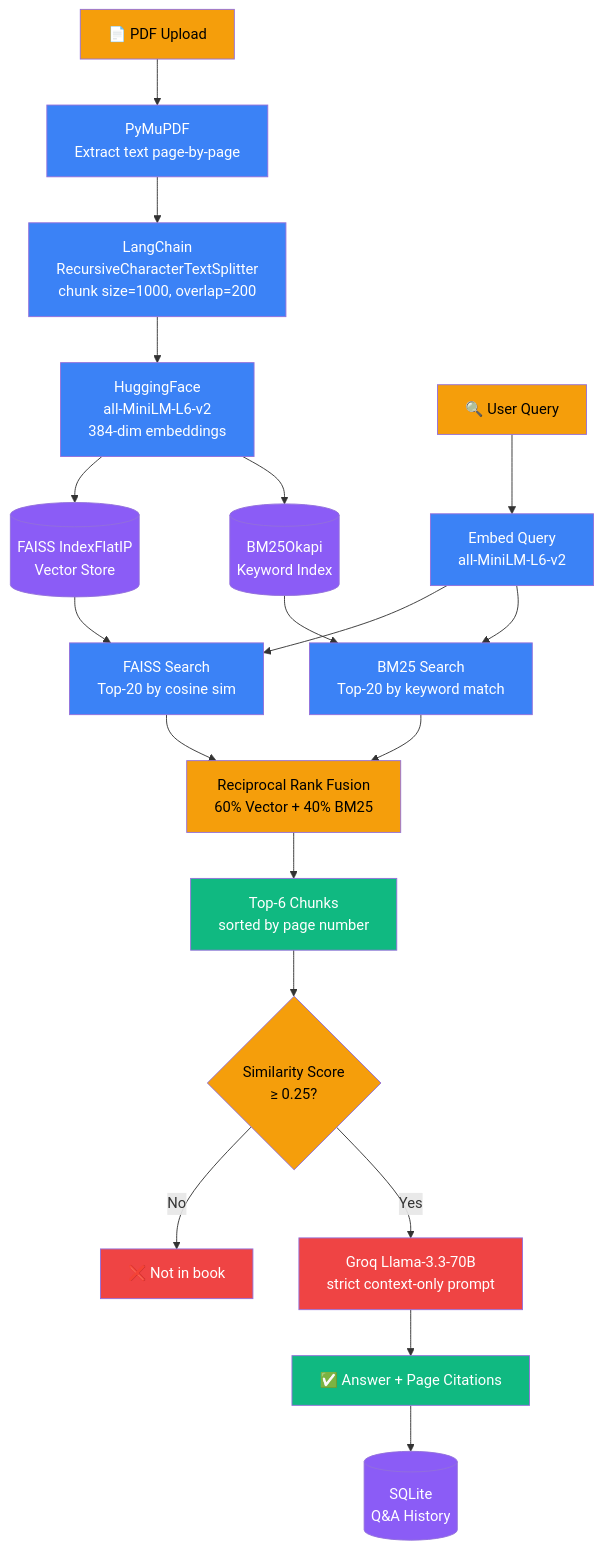
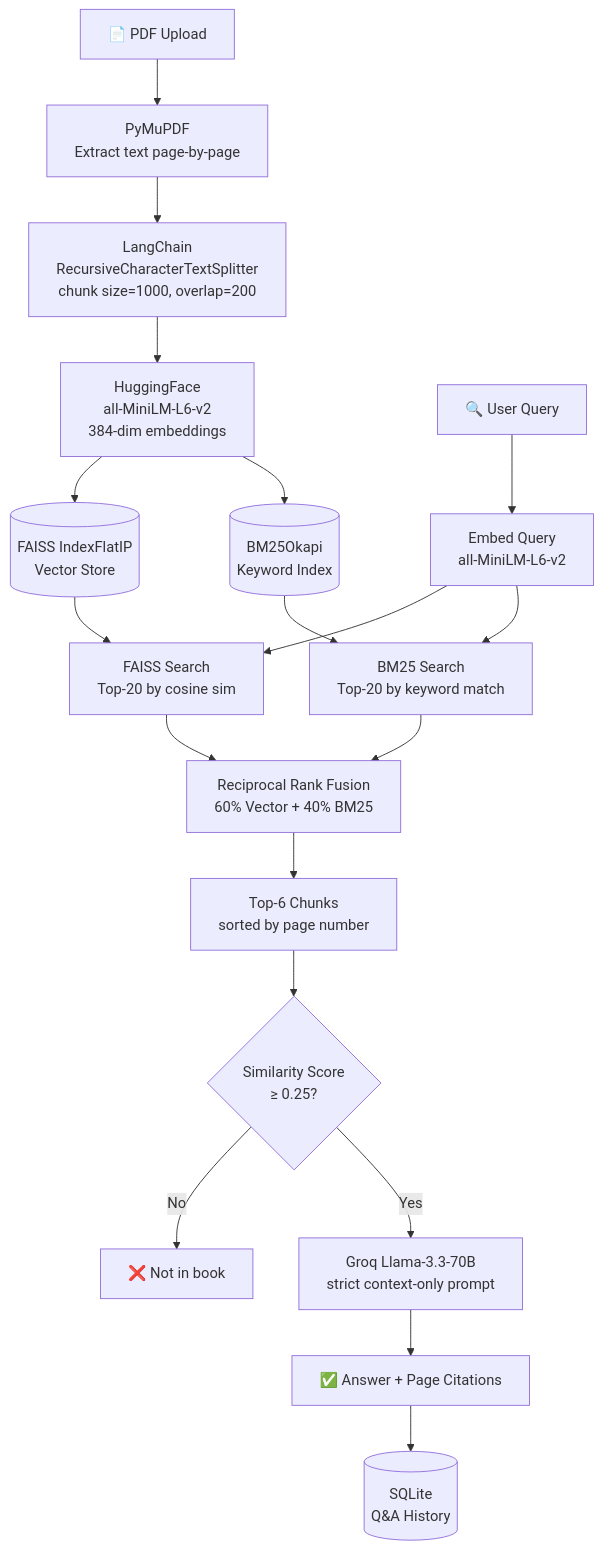
The diagram in README.md (kunwardhruv/Edurag-chatbot), drawn with Mermaid before and after one commit.

````diff
--- a/README.md
+++ b/README.md
@@ -38,39 +38,21 @@
 ```mermaid
 flowchart TD
     A[📄 PDF Upload] --> B[PyMuPDF\nExtract text page-by-page]
     B --> C[LangChain\nRecursiveCharacterTextSplitter\nchunk size=1000, overlap=200]
     C --> D[HuggingFace\nall-MiniLM-L6-v2\n384-dim embeddings]
     D --> E[(FAISS IndexFlatIP\nVector Store)]
     D --> F[(BM25Okapi\nKeyword Index)]
     G[🔍 User Query] --> H[Embed Query\nall-MiniLM-L6-v2]
     H --> I[FAISS Search\nTop-20 by cosine sim]
     H --> J[BM25 Search\nTop-20 by keyword match]
     I --> K[Reciprocal Rank Fusion\n60% Vector + 40% BM25]
     J --> K
     K --> L[Top-6 Chunks\nsorted by page number]
     L --> M{Similarity Score\n≥ 0.25?}
     M -- No --> N[❌ Not in book]
     M -- Yes --> O[Groq Llama-3.3-70B\nstrict context-only prompt]
     O --> P[✅ Answer + Page Citations]
     P --> Q[(SQLite\nQ&A History)]
     E --> I
     F --> J
-
-    style A fill:#f59e0b,color:#000
-    style B fill:#3b82f6,color:#fff
-    style C fill:#3b82f6,color:#fff
-    style D fill:#3b82f6,color:#fff
-    style E fill:#8b5cf6,color:#fff
-    style F fill:#8b5cf6,color:#fff
-    style G fill:#f59e0b,color:#000
-    style H fill:#3b82f6,color:#fff
-    style I fill:#3b82f6,color:#fff
-    style J fill:#3b82f6,color:#fff
-    style K fill:#f59e0b,color:#000
-    style L fill:#10b981,color:#fff
-    style M fill:#f59e0b,color:#000
-    style N fill:#ef4444,color:#fff
-    style O fill:#ef4444,color:#fff
-    style P fill:#10b981,color:#fff
-    style Q fill:#8b5cf6,color:#fff
 ```
````
